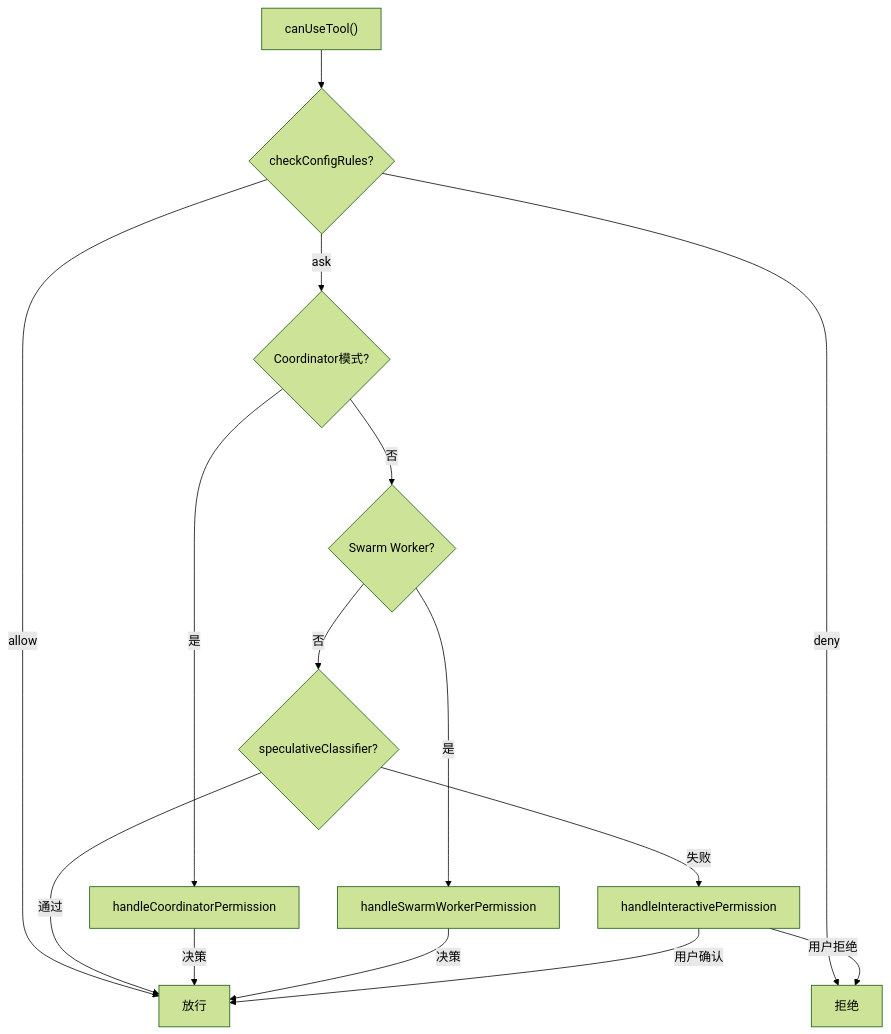
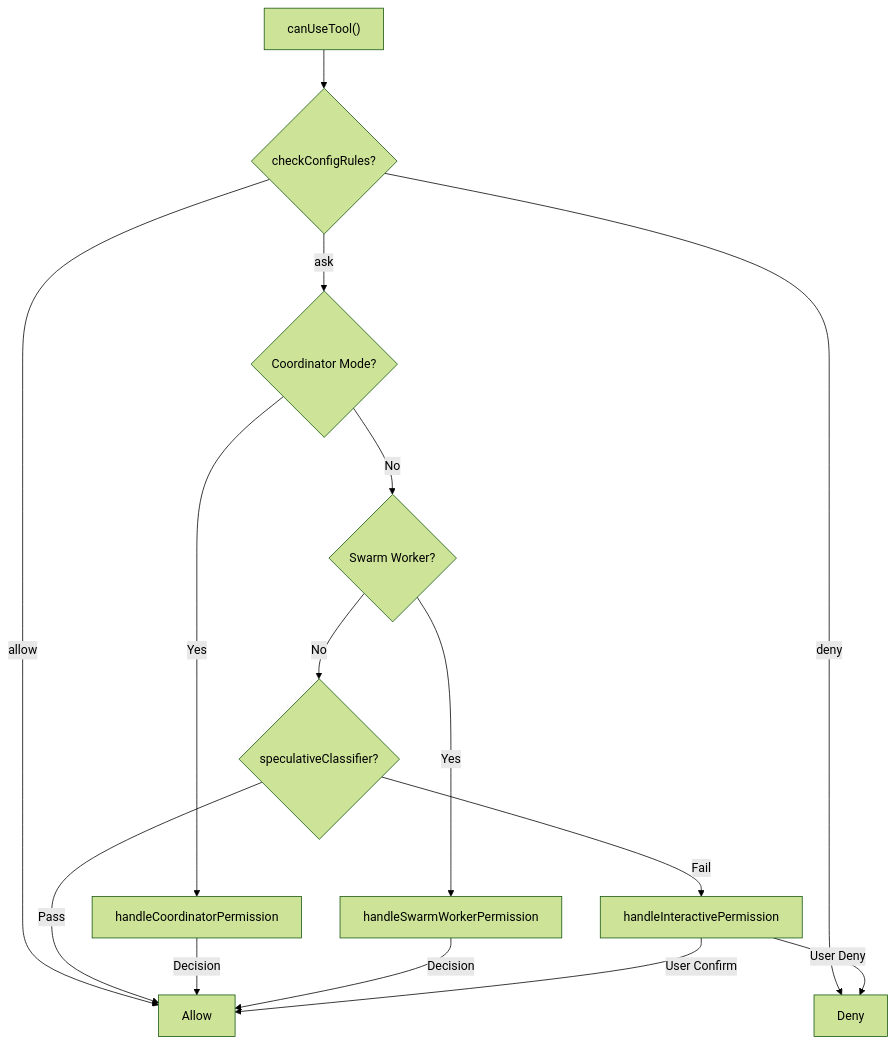
Before and after one commit to zenHeart/claude-code-sourcemap: the eighth of 9 diagrams in analysis.md, drawn with Mermaid (forest theme). The commit also changed other lines of this file, not shown here.

Commit message:
fix: Mermaid diagrams - replace Chinese with English

````diff
--- a/analysis.md
+++ b/analysis.md
@@ -571,17 +571,17 @@
 ```mermaid
 flowchart TD
     A["canUseTool()"] --> B{"checkConfigRules?"}
-    B -->|allow| F["放行"]
-    B -->|deny| G["拒绝"]
-    B -->|ask| C{"Coordinator模式?"}
-    C -->|是| D["handleCoordinatorPermission"]
-    C -->|否| E{"Swarm Worker?"}
-    E -->|是| H["handleSwarmWorkerPermission"]
-    E -->|否| I{"speculativeClassifier?"}
-    I -->|通过| F
-    I -->|失败| J["handleInteractivePermission"]
-    D -->|决策| F
-    H -->|决策| F
-    J -->|用户确认| F
-    J -->|用户拒绝| G
+    B -->|allow| F["Allow"]
+    B -->|deny| G["Deny"]
+    B -->|ask| C{"Coordinator Mode?"}
+    C -->|Yes| D["handleCoordinatorPermission"]
+    C -->|No| E{"Swarm Worker?"}
+    E -->|Yes| H["handleSwarmWorkerPermission"]
+    E -->|No| I{"speculativeClassifier?"}
+    I -->|Pass| F
+    I -->|Fail| J["handleInteractivePermission"]
+    D -->|Decision| F
+    H -->|Decision| F
+    J -->|User Confirm| F
+    J -->|User Deny| G
 ```
````
